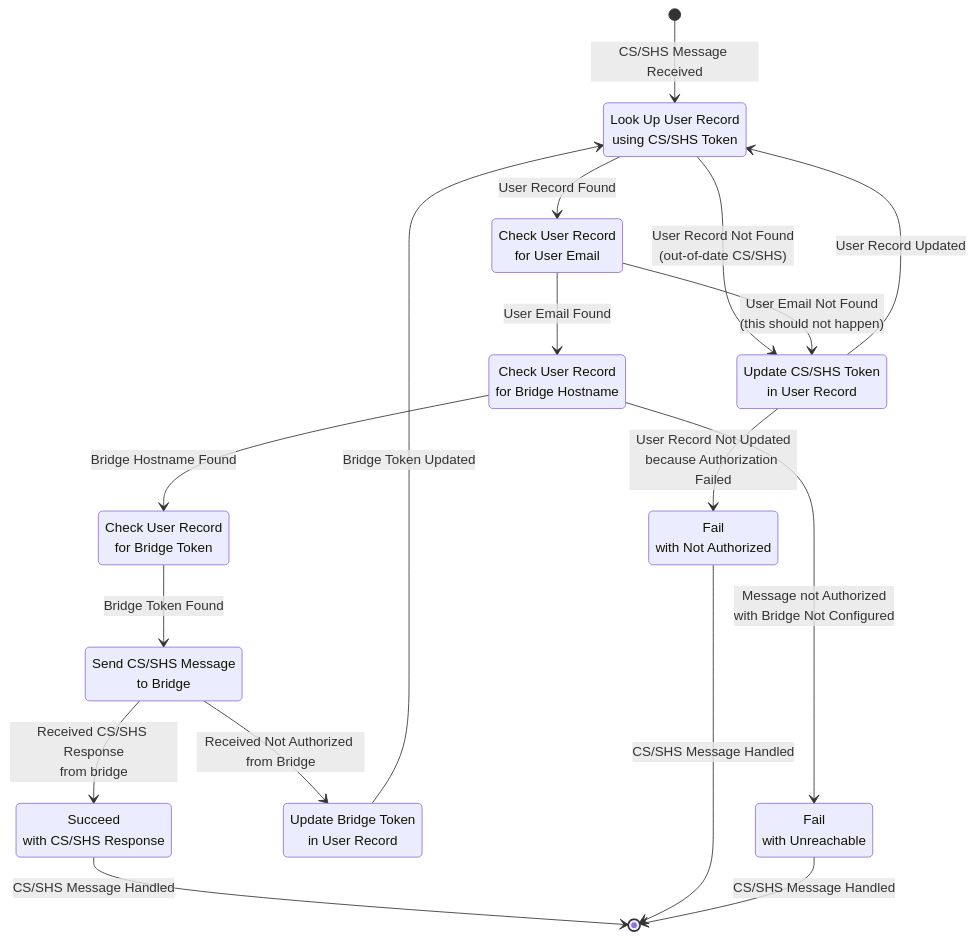
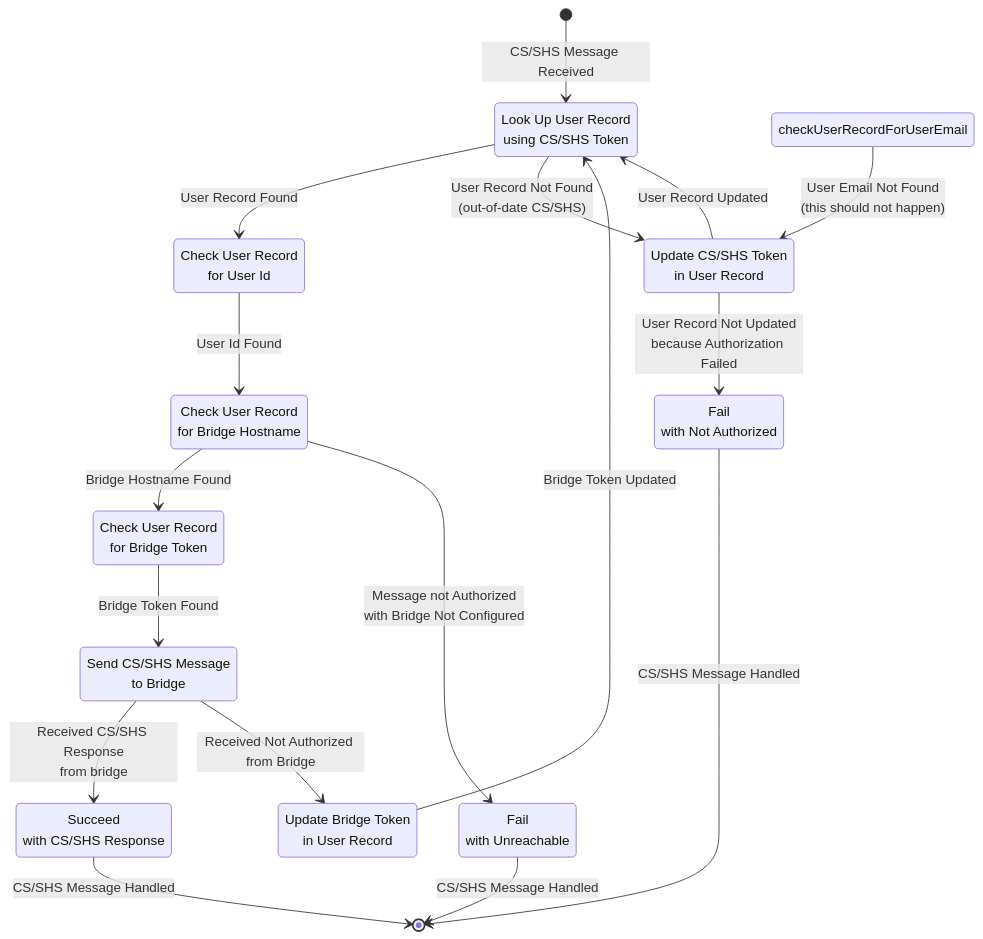
The first of 2 diagrams in docs.in/pages/design/skill.md (pebender/alexa-for-lg-webos-tv), drawn with Mermaid before and after one commit. The commit also changed other lines of this file and 21 other files, not shown here.

Commit message:
Change skill to track user with user id rather than user email.

````diff
--- a/docs.in/pages/design/skill.md
+++ b/docs.in/pages/design/skill.md
@@ -92,40 +76,40 @@
 ```mermaid
 stateDiagram-v2
   direction TB
 
   lookUpUserRecord: Look Up User Record<br>using CS/SHS Token
-  checkUserRecordForUserEmail: Check User Record<br>for User Email
+  checkUserRecordForUserId: Check User Record<br>for User Id
   checkUserRecordForBridgeHostname: Check User Record<br>for Bridge Hostname
   checkUserRecordForBridgeToken: Check User Record<br>for Bridge Token
   sendMessageToBridge: Send CS/SHS Message<br>to Bridge
   succeedMessage: Succeed<br>with CS/SHS Response
   [*] --> lookUpUserRecord: CS/SHS Message Received
-  lookUpUserRecord --> checkUserRecordForUserEmail: User Record Found
-  checkUserRecordForUserEmail --> checkUserRecordForBridgeHostname: User Email Found
+  lookUpUserRecord --> checkUserRecordForUserId: User Record Found
+  checkUserRecordForUserId --> checkUserRecordForBridgeHostname: User Id Found
   checkUserRecordForBridgeHostname --> checkUserRecordForBridgeToken: Bridge Hostname Found
   checkUserRecordForBridgeToken --> sendMessageToBridge: Bridge Token Found
   sendMessageToBridge --> succeedMessage: Received CS/SHS Response<br>from bridge
   succeedMessage --> [*]: CS/SHS Message Handled
 
   updateSkillTokenInUserRecord: Update CS/SHS Token<br>in User Record
   lookUpUserRecord --> updateSkillTokenInUserRecord: User Record Not Found<br>(out-of-date CS/SHS)
   updateSkillTokenInUserRecord --> lookUpUserRecord: User Record Updated
 
   updateBridgeTokenInUserRecord: Update Bridge Token<br>in User Record
   checkUserRecordForUserEmail --> updateSkillTokenInUserRecord: User Email Not Found<br>(this should not happen)
 
   failMessageNotAuthorized: Fail<br>with Not Authorized
   updateSkillTokenInUserRecord --> failMessageNotAuthorized: User Record Not Updated<br>because Authorization Failed
 
   failMessageNotAuthorized --> [*]: CS/SHS Message Handled
 
   checkUserRecordForBridgeHostname --> failMessageUnreachable: Message not Authorized<br> with Bridge Not Configured
 
   failMessageUnreachable: Fail<br>with Unreachable
   failMessageUnreachable --> [*]: CS/SHS Message Handled
 
   sendMessageToBridge --> updateBridgeTokenInUserRecord: Received Not Authorized from Bridge
 
 
   updateBridgeTokenInUserRecord --> lookUpUserRecord: Bridge Token Updated
 ```
````
